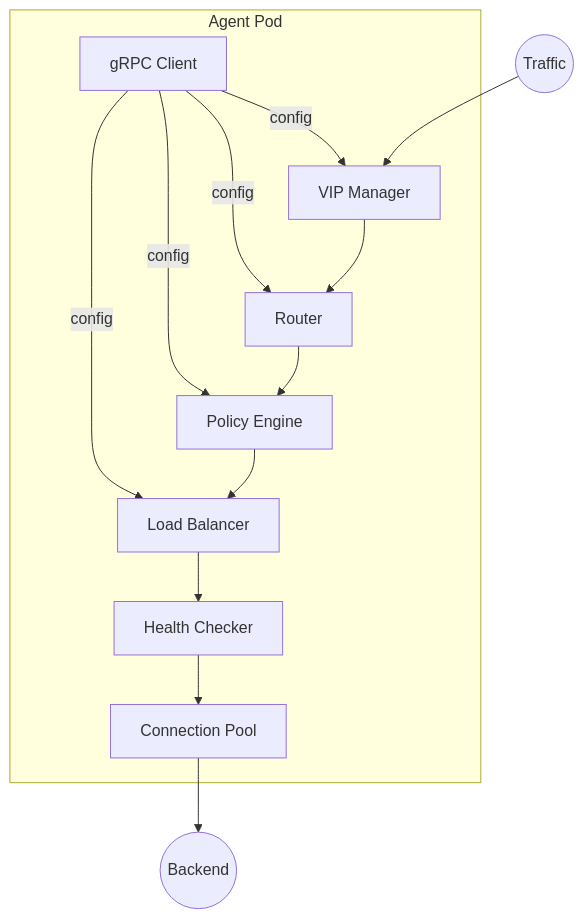
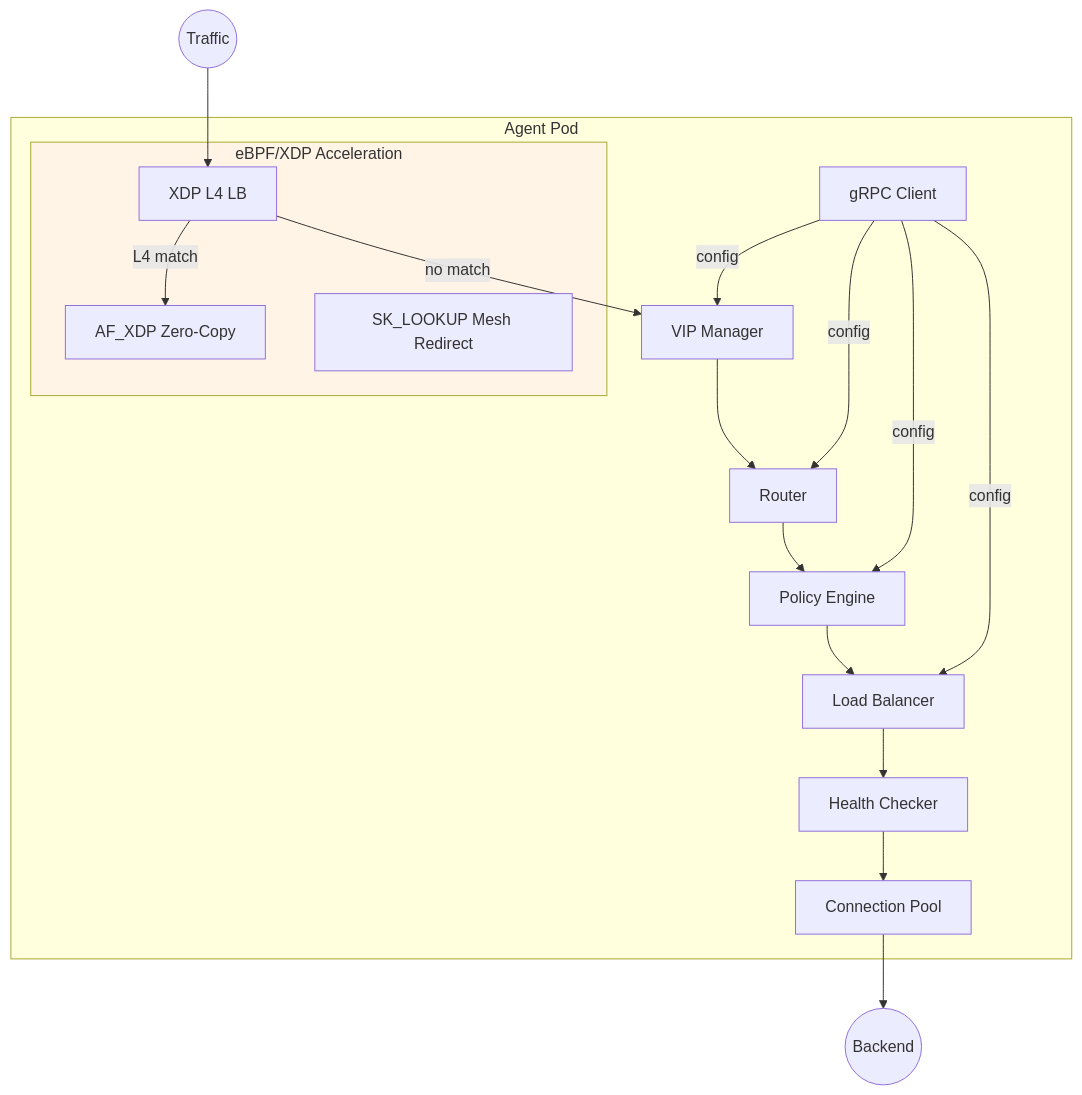
Before and after one commit to azrtydxb/novaedge: the sixth of 9 diagrams in docs/architecture/overview.md, drawn with Mermaid. The commit also changed other lines of this file and 6 other files, not shown here.

First line of the commit message:
[Docs] Update all documentation for eBPF/XDP acceleration features

````diff
--- a/docs/architecture/overview.md
+++ b/docs/architecture/overview.md
@@ -177,25 +177,35 @@
 ```mermaid
 flowchart TB
     subgraph Agent["Agent Pod"]
         GC["gRPC Client"]
         RT["Router"]
         LB["Load Balancer"]
         VIP["VIP Manager"]
         HC["Health Checker"]
         POL["Policy Engine"]
         POOL["Connection Pool"]
+
+        subgraph eBPF["eBPF/XDP Acceleration"]
+            XDP["XDP L4 LB"]
+            AFXDP["AF_XDP Zero-Copy"]
+            SKLOOKUP["SK_LOOKUP Mesh Redirect"]
+        end
     end
 
     GC -->|"config"| RT
     GC -->|"config"| LB
     GC -->|"config"| VIP
     GC -->|"config"| POL
 
-    Traffic((Traffic)) --> VIP
+    Traffic((Traffic)) --> XDP
+    XDP -->|"L4 match"| AFXDP
+    XDP -->|"no match"| VIP
     VIP --> RT
     RT --> POL
     POL --> LB
     LB --> HC
     HC --> POOL
     POOL --> Backend((Backend))
+
+    style eBPF fill:#fff4e6
 ```
````
